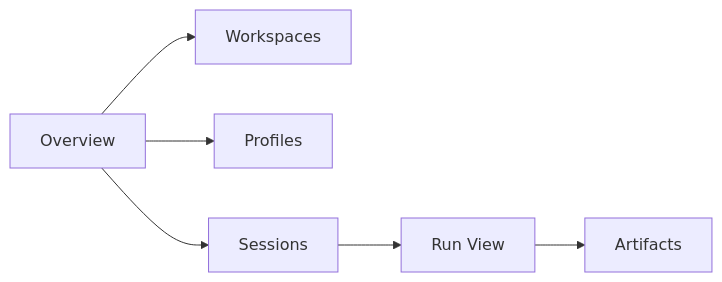
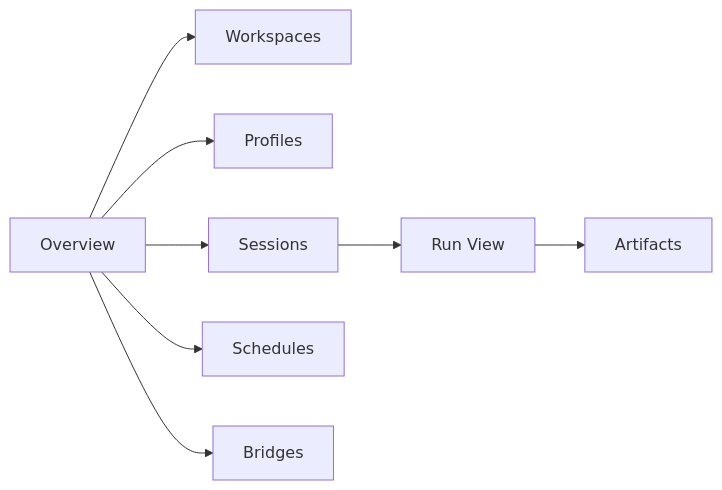
The diagram in packages/ya-claw/spec/05-web-ui-and-operations.md (Wh1isper/ya-mono), drawn with Mermaid before and after one commit. The commit also changed other lines of this file and 33 other files, not shown here.

````diff
--- a/packages/ya-claw/spec/05-web-ui-and-operations.md
+++ b/packages/ya-claw/spec/05-web-ui-and-operations.md
@@ -19,8 +22,10 @@
 ```mermaid
 flowchart LR
     HOME[Overview] --> WS[Workspaces]
     HOME --> PF[Profiles]
     HOME --> SS[Sessions]
+    HOME --> SC[Schedules]
+    HOME --> BR[Bridges]
     SS --> RV[Run View]
     RV --> AF[Artifacts]
 ```
````
